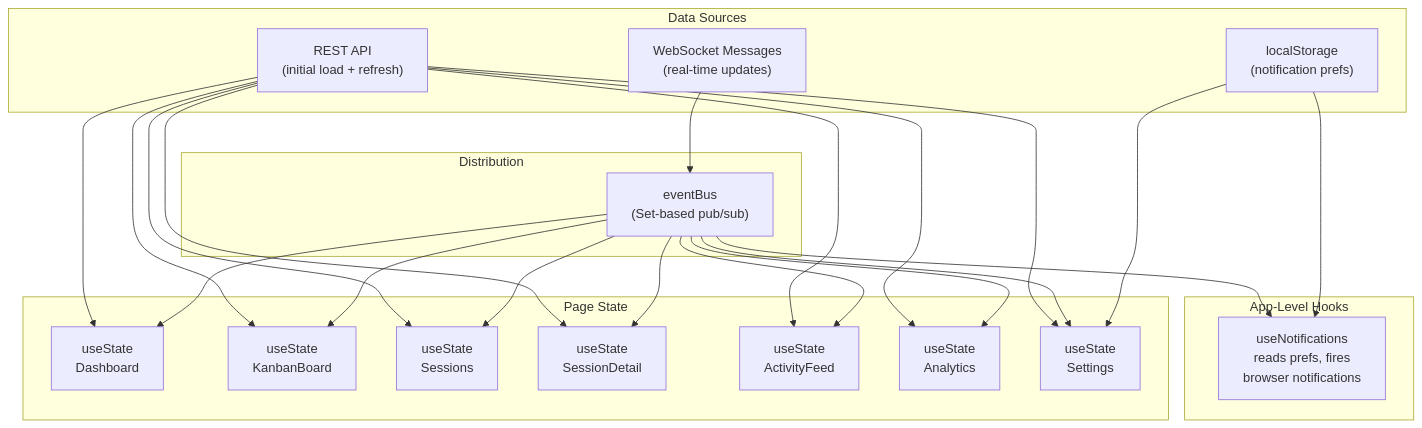
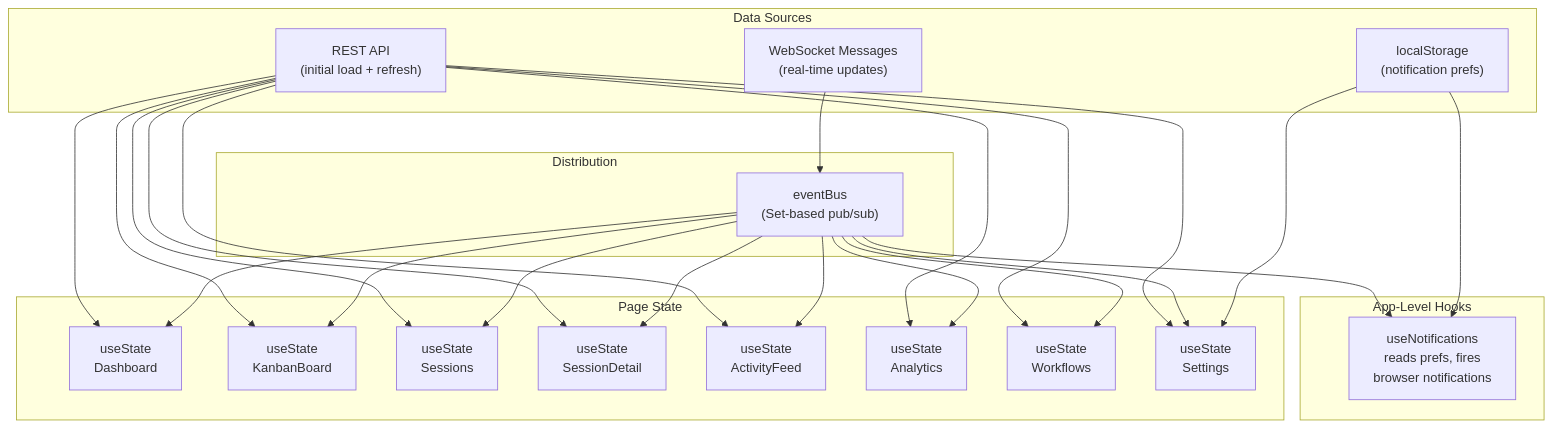
Before and after one commit to StrainReviews/Claude-Code-Agent-Monitor: diagram 19 of 27 in ARCHITECTURE.md, drawn with Mermaid. The commit also changed other lines of this file and 29 other files, not shown here.

````diff
--- a/ARCHITECTURE.md
+++ b/ARCHITECTURE.md
@@ -782,33 +841,34 @@
 ```mermaid
 graph TD
     subgraph "Data Sources"
         REST["REST API<br/>(initial load + refresh)"]
         WSM["WebSocket Messages<br/>(real-time updates)"]
         LS["localStorage<br/>(notification prefs)"]
     end
 
     subgraph "Distribution"
         EB["eventBus<br/>(Set-based pub/sub)"]
     end
 
     subgraph "App-Level Hooks"
         NOTIF_H["useNotifications<br/>reads prefs, fires<br/>browser notifications"]
     end
 
     subgraph "Page State"
         US1["useState<br/>Dashboard"]
         US2["useState<br/>KanbanBoard"]
         US3["useState<br/>Sessions"]
         US4["useState<br/>SessionDetail"]
         US5["useState<br/>ActivityFeed"]
         US6["useState<br/>Analytics"]
+        US8["useState<br/>Workflows"]
         US7["useState<br/>Settings"]
     end
 
-    REST --> US1 & US2 & US3 & US4 & US5 & US6 & US7
+    REST --> US1 & US2 & US3 & US4 & US5 & US6 & US8 & US7
     WSM --> EB
-    EB --> US1 & US2 & US3 & US4 & US5 & US6 & US7
+    EB --> US1 & US2 & US3 & US4 & US5 & US6 & US8 & US7
     EB --> NOTIF_H
     LS --> NOTIF_H
     LS --> US7
 ```
````
